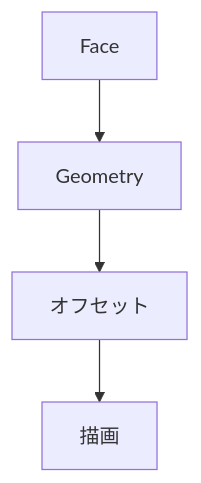
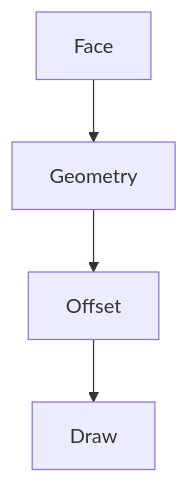
The diagram in docs/design/07_viewer.md (ynhene6328/MotifWeaver), drawn with Mermaid before and after one commit. The commit also changed other lines of this file and 3 other files, not shown here.

````diff
--- a/docs/design/07_viewer.md
+++ b/docs/design/07_viewer.md
@@ -11,6 +11,6 @@
 ```mermaid
 flowchart TD
     A["Face"] --> B["Geometry"]
-    B --> C["オフセット"]
-    C --> D["描画"]
+    B --> C["Offset"]
+    C --> D["Draw"]
 ```
````
